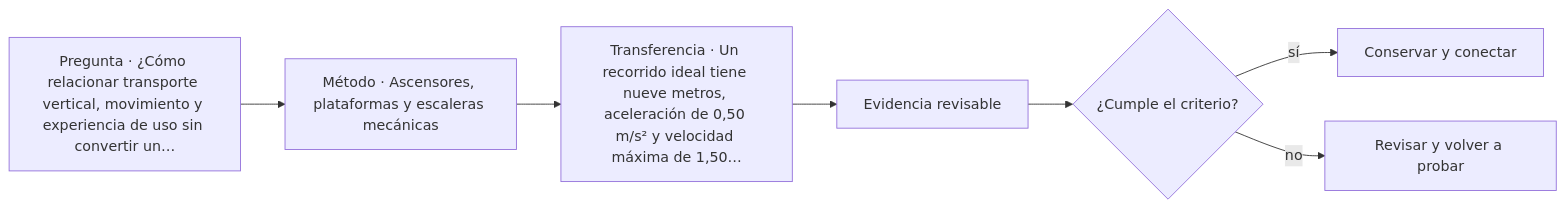
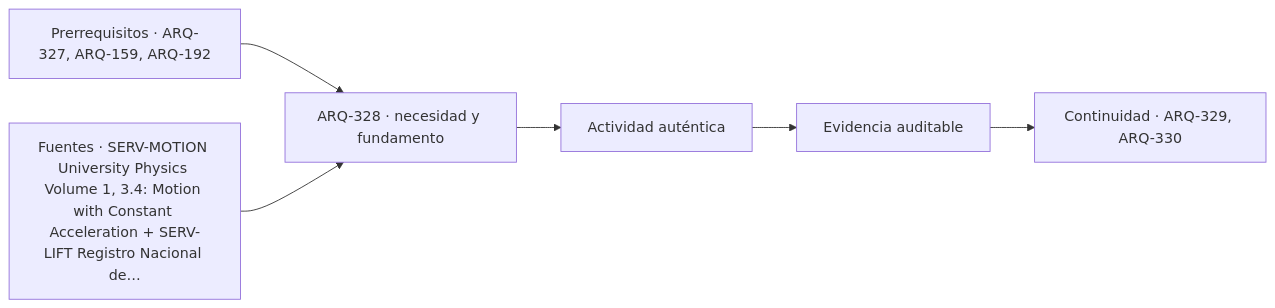
One commit to vladimiracunadev-create/architecture-built-environment-learning-program changed the diagram in classes/parte-33/ARQ-328.md. Above: the diagram before and after it, drawn with Mermaid. The commit also changed other lines of this file and 761 other files, not shown here.

````diff
--- a/classes/parte-33/ARQ-328.md
+++ b/classes/parte-33/ARQ-328.md
@@ -107,9 +119,8 @@
 ```mermaid
 flowchart LR
-    Q["Pregunta · ¿Cómo relacionar transporte vertical, movimiento y experiencia de uso sin convertir un…"] --> M["Método · Ascensores, plataformas y escaleras mecánicas"]
-    M --> P["Transferencia · Un recorrido ideal tiene nueve metros, aceleración de 0,50 m/s² y velocidad máxima de 1,50…"]
-    P --> E["Evidencia revisable"]
-    E --> C{"¿Cumple el criterio?"}
-    C -->|sí| T["Conservar y conectar"]
-    C -->|no| R["Revisar y volver a probar"]
+    A["Prerrequisitos · ARQ-327, ARQ-159, ARQ-192"] --> B["ARQ-328 · necesidad y fundamento"]
+    S["Fuentes · SERV-MOTION University Physics Volume 1, 3.4: Motion with Constant Acceleration + SERV-LIFT Registro Nacional de…"] --> B
+    B --> C["Actividad auténtica"]
+    C --> D["Evidencia auditable"]
+    D --> E["Continuidad · ARQ-329, ARQ-330"]
 ```
````
